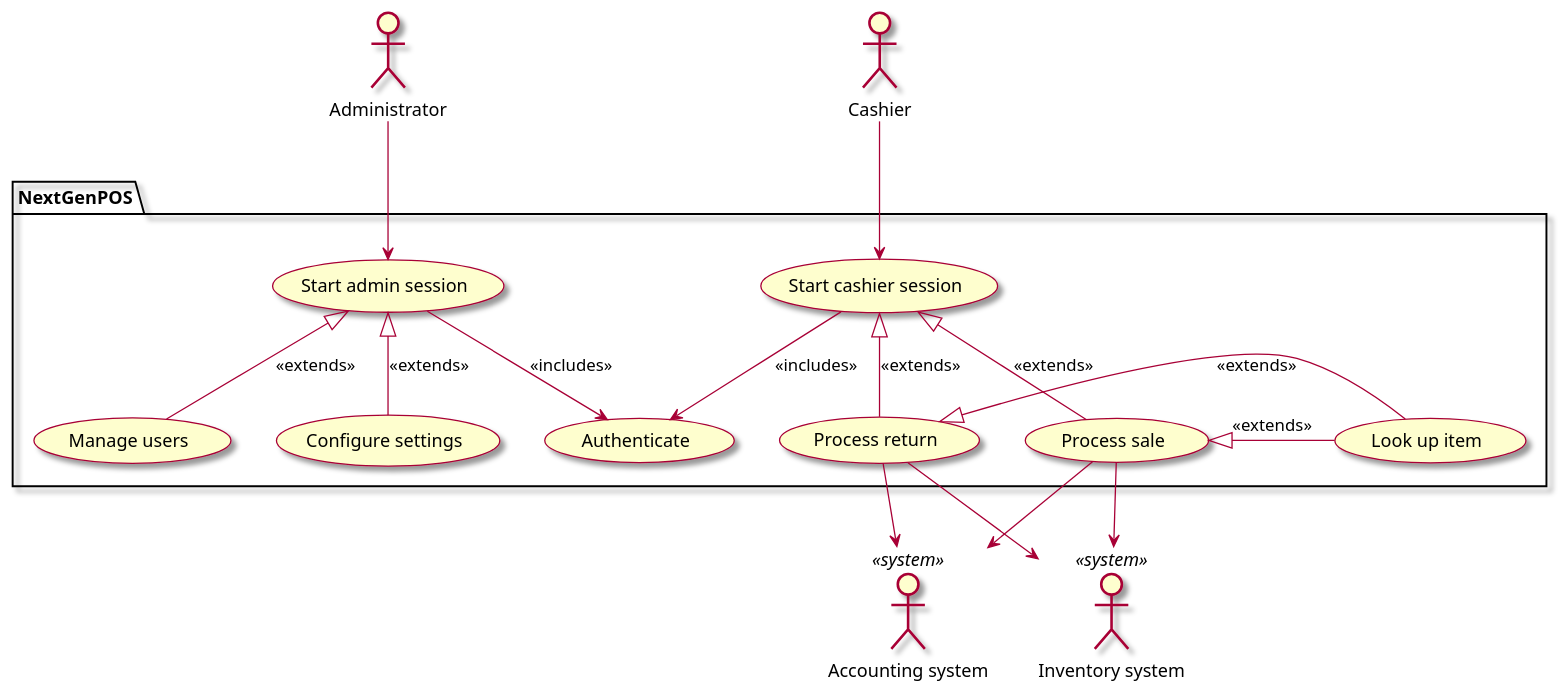
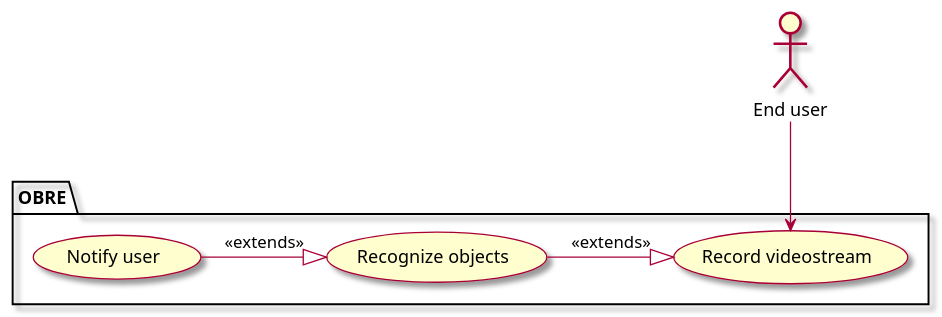
One commit to tonyh1306/OBRE-Vision-through-a-screen changed the diagram in intellij/doc/vision.md. Above: the diagram before and after it, drawn with PlantUML. The commit also changed other lines of this file and 1 other file, not shown here.

Commit message:
Modifies Vision Doc

````diff
--- a/intellij/doc/vision.md
+++ b/intellij/doc/vision.md
@@ -29,47 +28,22 @@
 ```plantuml
 @startuml
 skin rose
 
 ' human actors
-actor "Administrator" as admin
-actor "Cashier" as cashier
-
-' system actors
-actor "Accounting system" <<system>> as accountingSystem
-actor "Inventory system" <<system>> as inventorySystem
+actor "End user" as user
 
 ' list all use cases in package
-package NextGenPOS{
-    usecase "Authenticate" as authenticate
-    usecase "Start admin session" as administerSystem
-    usecase "Start cashier session" as startCashierSession
-    
-    usecase "Manage users" as manageUsers
-    usecase "Configure settings" as configureSettings
-    usecase "Process sale" as processSale
-    usecase "Process return" as processReturn
-    usecase "Look up item" as lookUpItem
+package OBRE{
+    usecase "Record videostream" as camera
+    usecase "Recognize objects" as obre
+    usecase "Notify user" as tts
+
 }
 
 ' list relationships between actors and use cases
-admin --> administerSystem
-cashier --> startCashierSession
+user --> camera
+obre -right-|> camera : <<extends>>
+tts -right-|> obre : <<extends>>
 
-startCashierSession --> authenticate : <<includes>>
-administerSystem --> authenticate : <<includes>>
-administerSystem <|-- manageUsers : <<extends>>
-administerSystem <|-- configureSettings : <<extends>>
-
-processSale <|-right- lookUpItem : <<extends>>
-processReturn <|-left- lookUpItem : <<extends>>
-
-startCashierSession <|-- processSale : <<extends>>
-startCashierSession <|-- processReturn : <<extends>>
-
-' system actors
-processSale --> accountingSystem
-processSale --> inventorySystem
-processReturn --> accountingSystem
-processReturn --> inventorySystem
 @enduml
 ```
````
